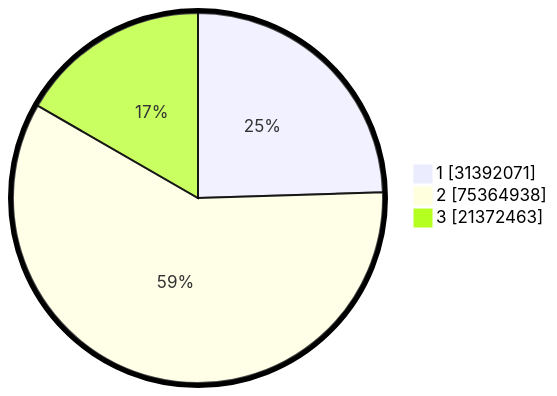
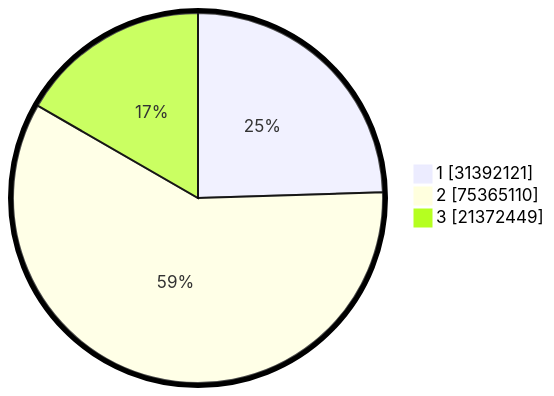
The second of 2 diagrams in pilpres/hitung-suara/README.md (gigit-pemilu/pemilu-2024), drawn with Mermaid before and after one commit. The commit also changed other lines of this file and 7 other files, not shown here.

````diff
--- a/pilpres/hitung-suara/README.md
+++ b/pilpres/hitung-suara/README.md
@@ -93,7 +93,7 @@
 ```mermaid
 %%{init: {"pie": {"textPosition": 0.5}, "themeVariables": {"pieOuterStrokeWidth": "5px"}} }%%
 pie showData
-    "1" : 31392071
-    "2" : 75364938
-    "3" : 21372463
+    "1" : 31392121
+    "2" : 75365110
+    "3" : 21372449
 ```
````
